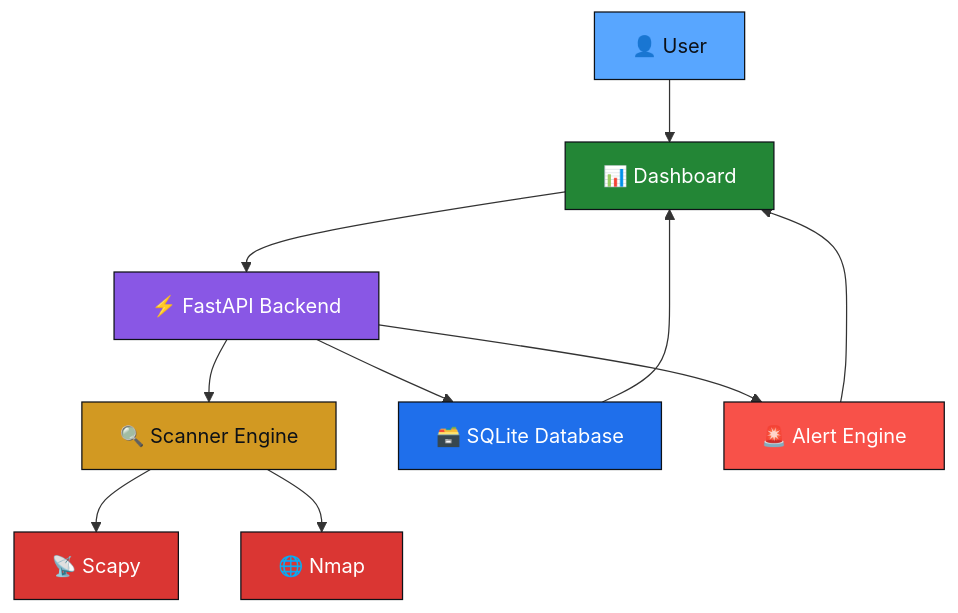
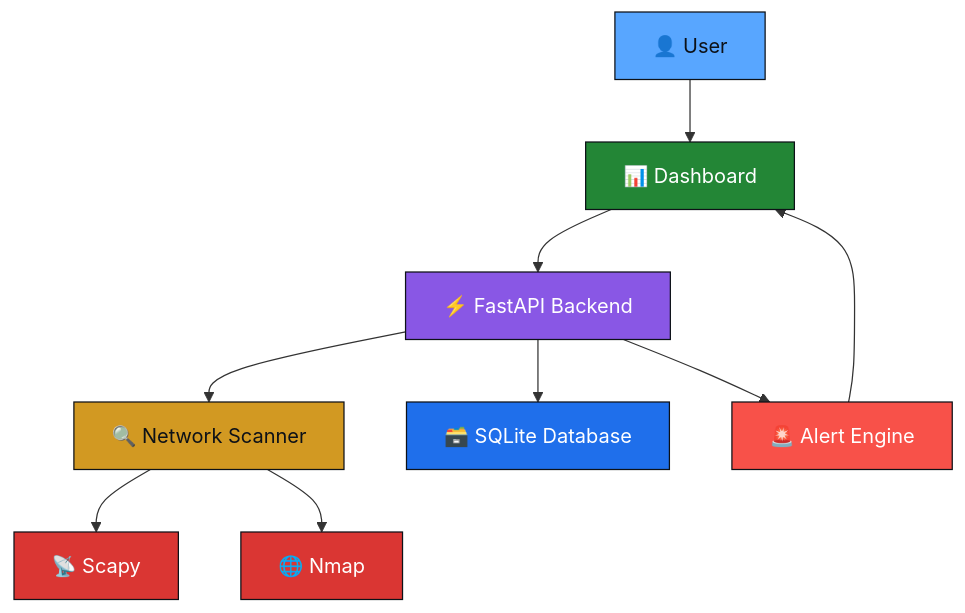
Before and after one commit to manishburdak45/NetSentinel-Smart-Network-Monitoring-System: the diagram in README.md, drawn with Mermaid. The commit also changed other lines of this file, not shown here.

````diff
--- a/README.md
+++ b/README.md
@@ -160,21 +165,20 @@
 ```mermaid
 graph TD
     A[👤 User] --> B[📊 Dashboard]
     B --> C[⚡ FastAPI Backend]
-    C --> D[🔍 Scanner Engine]
+    C --> D[🔍 Network Scanner]
     D --> E[📡 Scapy]
     D --> F[🌐 Nmap]
     C --> G[🗃️ SQLite Database]
     C --> H[🚨 Alert Engine]
     H --> B
-    G --> B
 
     style A fill:#58a6ff,stroke:#0d1117,color:#0d1117
     style B fill:#238636,stroke:#0d1117,color:#fff
     style C fill:#8957e5,stroke:#0d1117,color:#fff
     style D fill:#d29922,stroke:#0d1117,color:#0d1117
     style E fill:#da3633,stroke:#0d1117,color:#fff
     style F fill:#da3633,stroke:#0d1117,color:#fff
     style G fill:#1f6feb,stroke:#0d1117,color:#fff
     style H fill:#f85149,stroke:#0d1117,color:#fff
 ```
````
